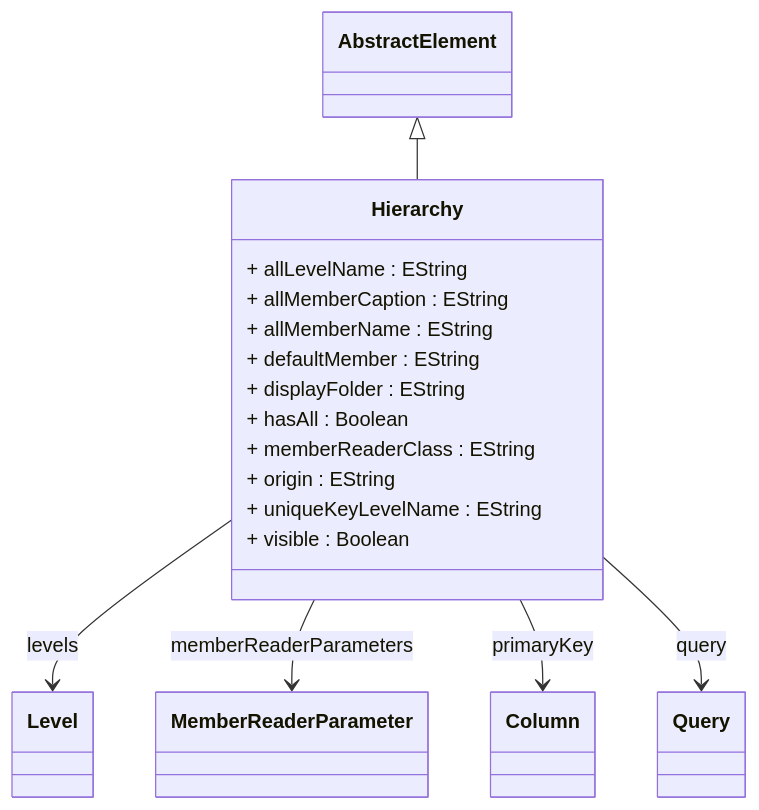
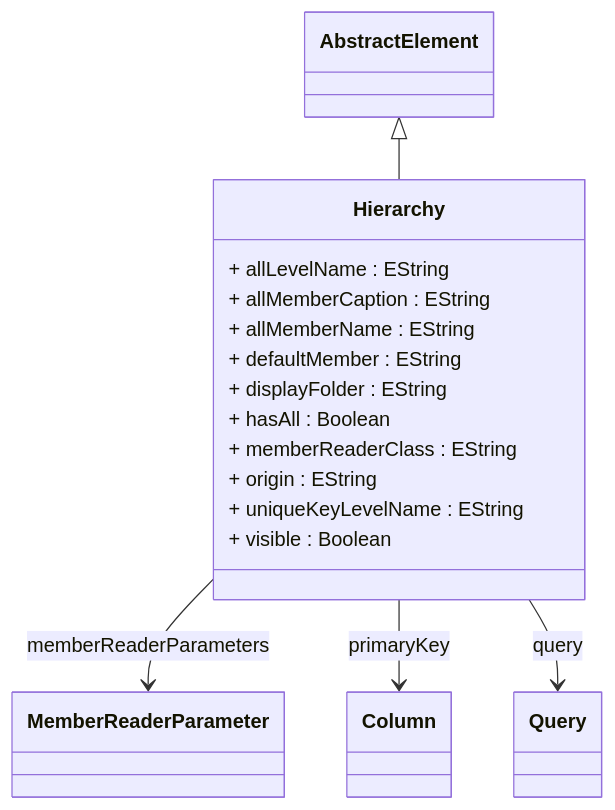
One commit to eclipse-daanse/eclipse-daanse.github.io changed the diagram in docs/cubeserver/model/class-Hierarchy.md. Above: the diagram before and after it, drawn with Mermaid. The commit also changed other lines of this file and 113 other files, not shown here.

````diff
--- a/docs/cubeserver/model/class-Hierarchy.md
+++ b/docs/cubeserver/model/class-Hierarchy.md
@@ -196,22 +185,21 @@
 ```mermaid
 classDiagram
   class Hierarchy {
     + allLevelName : EString
     + allMemberCaption : EString
     + allMemberName : EString
     + defaultMember : EString
     + displayFolder : EString
     + hasAll : Boolean
     + memberReaderClass : EString
     + origin : EString
     + uniqueKeyLevelName : EString
     + visible : Boolean
   }
 
   AbstractElement <|-- Hierarchy
-  Hierarchy --> Level : levels
   Hierarchy --> MemberReaderParameter : memberReaderParameters
   Hierarchy --> Column : primaryKey
   Hierarchy --> Query : query
 
 ```
````
